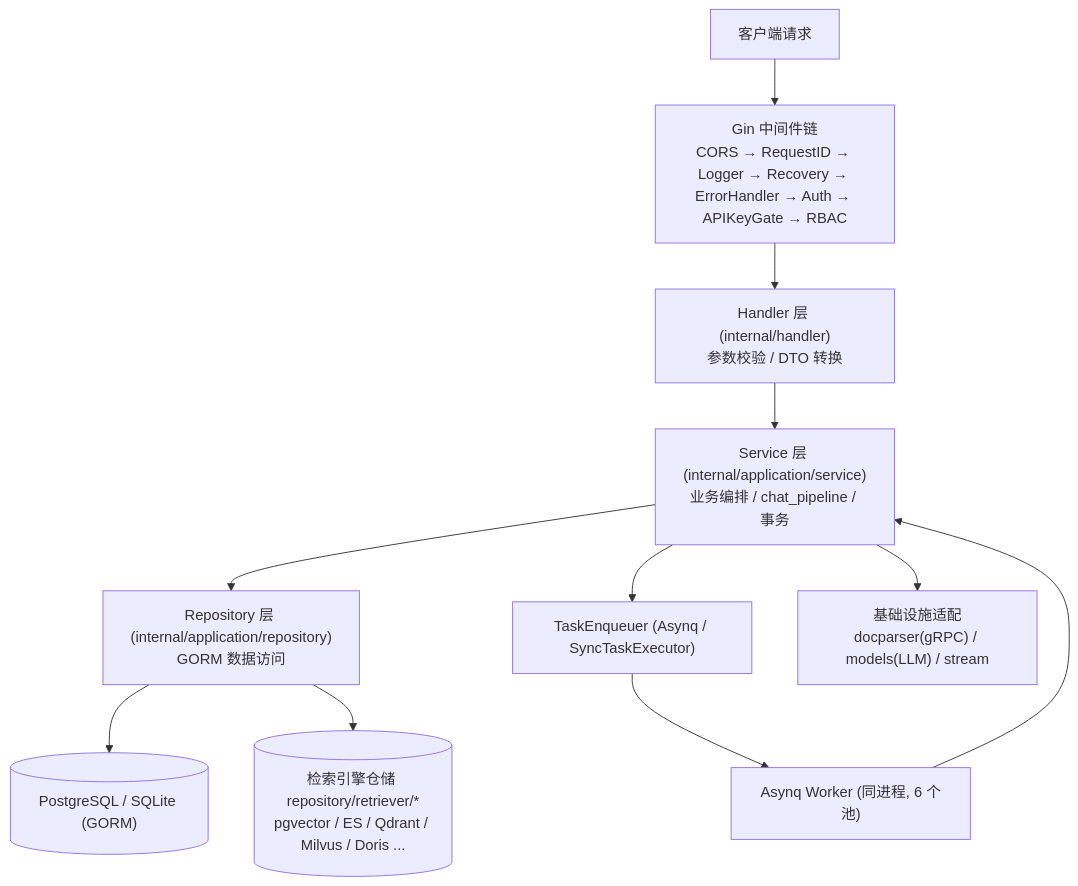
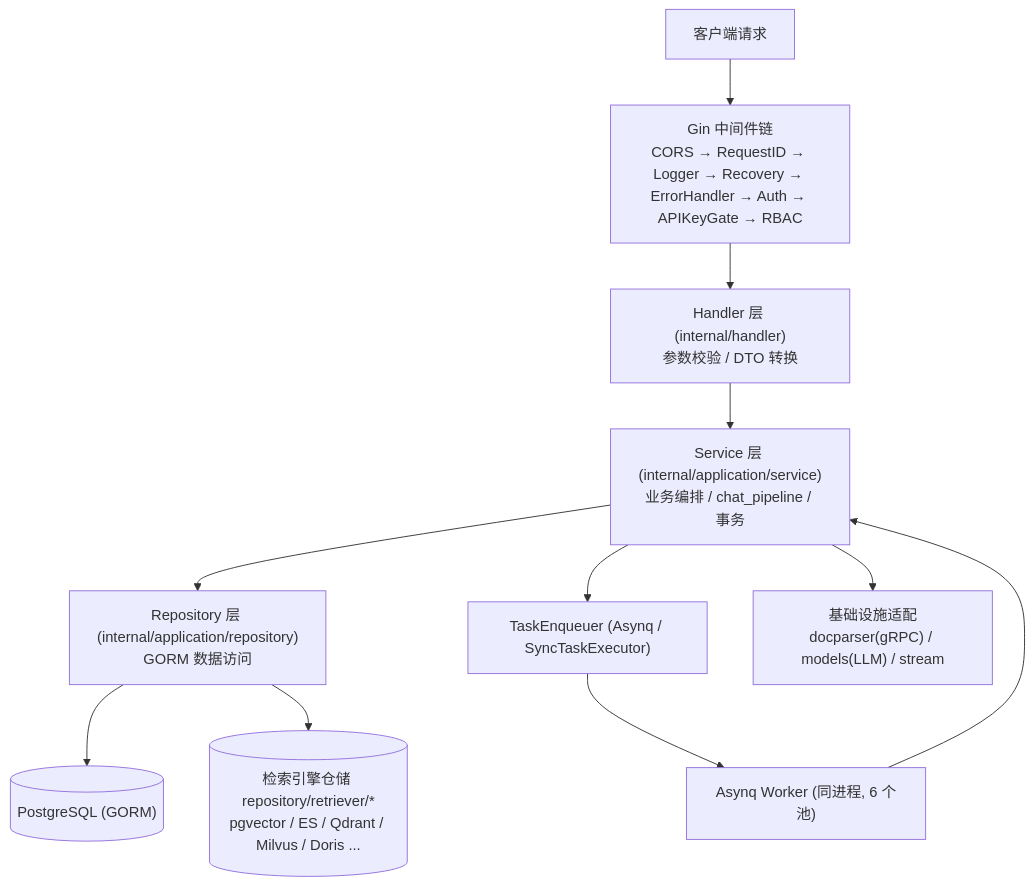
The first of 3 diagrams in website-docs/02-architecture/02-backend-design.md (magicyuan876/Yuheng), drawn with Mermaid before and after one commit. The commit also changed other lines of this file and 162 other files, not shown here.

````diff
--- a/website-docs/02-architecture/02-backend-design.md
+++ b/website-docs/02-architecture/02-backend-design.md
@@ -18,13 +18,13 @@
 ```mermaid
 graph TD
     C["客户端请求"] --> MW["Gin 中间件链<br/>CORS → RequestID → Logger → Recovery → ErrorHandler → Auth → APIKeyGate → RBAC"]
     MW --> H["Handler 层 (internal/handler)<br/>参数校验 / DTO 转换"]
     H --> S["Service 层 (internal/application/service)<br/>业务编排 / chat_pipeline / 事务"]
     S --> R["Repository 层 (internal/application/repository)<br/>GORM 数据访问"]
     S --> Q["TaskEnqueuer (Asynq / SyncTaskExecutor)"]
-    R --> DB[("PostgreSQL / SQLite (GORM)")]
+    R --> DB[("PostgreSQL (GORM)")]
     R --> VS[("检索引擎仓储 repository/retriever/*<br/>pgvector / ES / Qdrant / Milvus / Doris ...")]
     S --> INF["基础设施适配<br/>docparser(gRPC) / models(LLM) / stream"]
     Q --> W["Asynq Worker (同进程, 6 个池)"]
     W --> S
 ```
````
